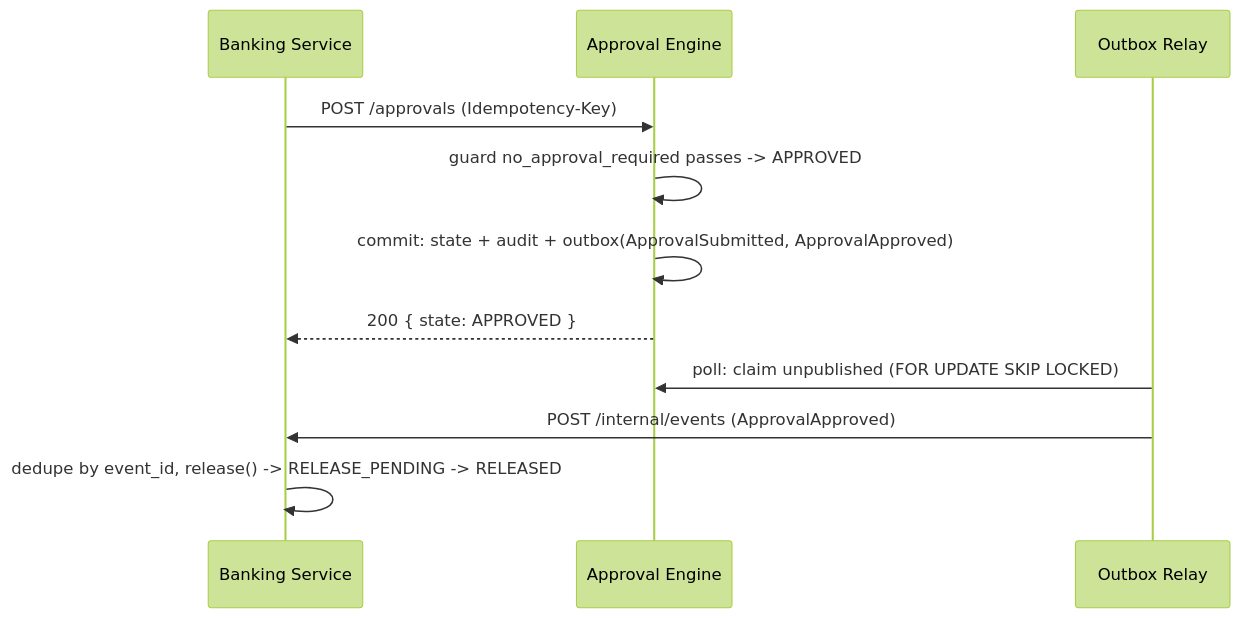
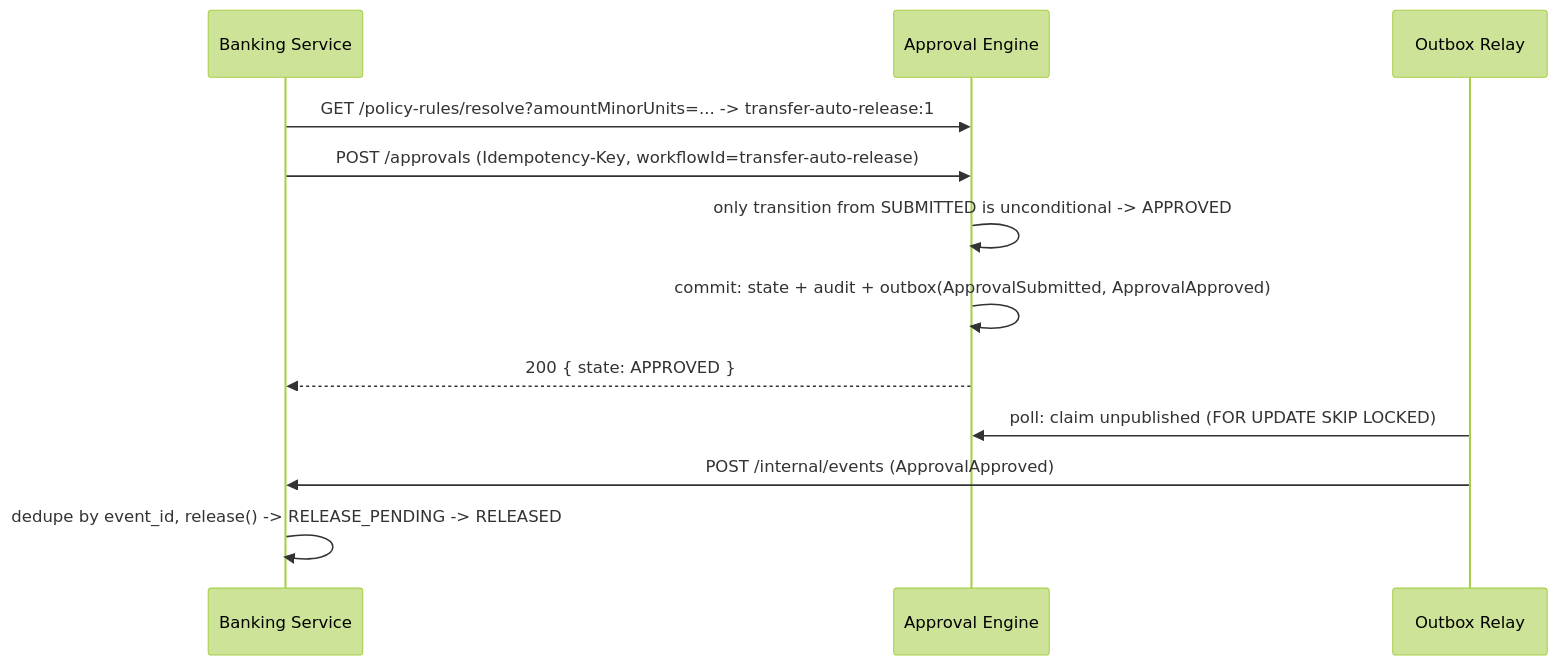
One commit to skcchoudhary21/vision-hld changed the third of 5 diagrams in docs/lld.md. Above: the diagram before and after it, drawn with Mermaid (forest theme). The commit also changed other lines of this file and 11 other files, not shown here.

First line of the commit message:
feat: maker notifications on approval outcomes, fix reject idempotency

````diff
--- a/docs/lld.md
+++ b/docs/lld.md
@@ -153,13 +157,14 @@
 ```mermaid
 sequenceDiagram
     participant T as Banking Service
     participant E as Approval Engine
     participant R as Outbox Relay
-    T->>E: POST /approvals (Idempotency-Key)
-    E->>E: guard no_approval_required passes -> APPROVED
+    T->>E: GET /policy-rules/resolve?amountMinorUnits=... -> transfer-auto-release:1
+    T->>E: POST /approvals (Idempotency-Key, workflowId=transfer-auto-release)
+    E->>E: only transition from SUBMITTED is unconditional -> APPROVED
     E->>E: commit: state + audit + outbox(ApprovalSubmitted, ApprovalApproved)
     E-->>T: 200 { state: APPROVED }
     R->>E: poll: claim unpublished (FOR UPDATE SKIP LOCKED)
     R->>T: POST /internal/events (ApprovalApproved)
     T->>T: dedupe by event_id, release() -> RELEASE_PENDING -> RELEASED
 ```
````
